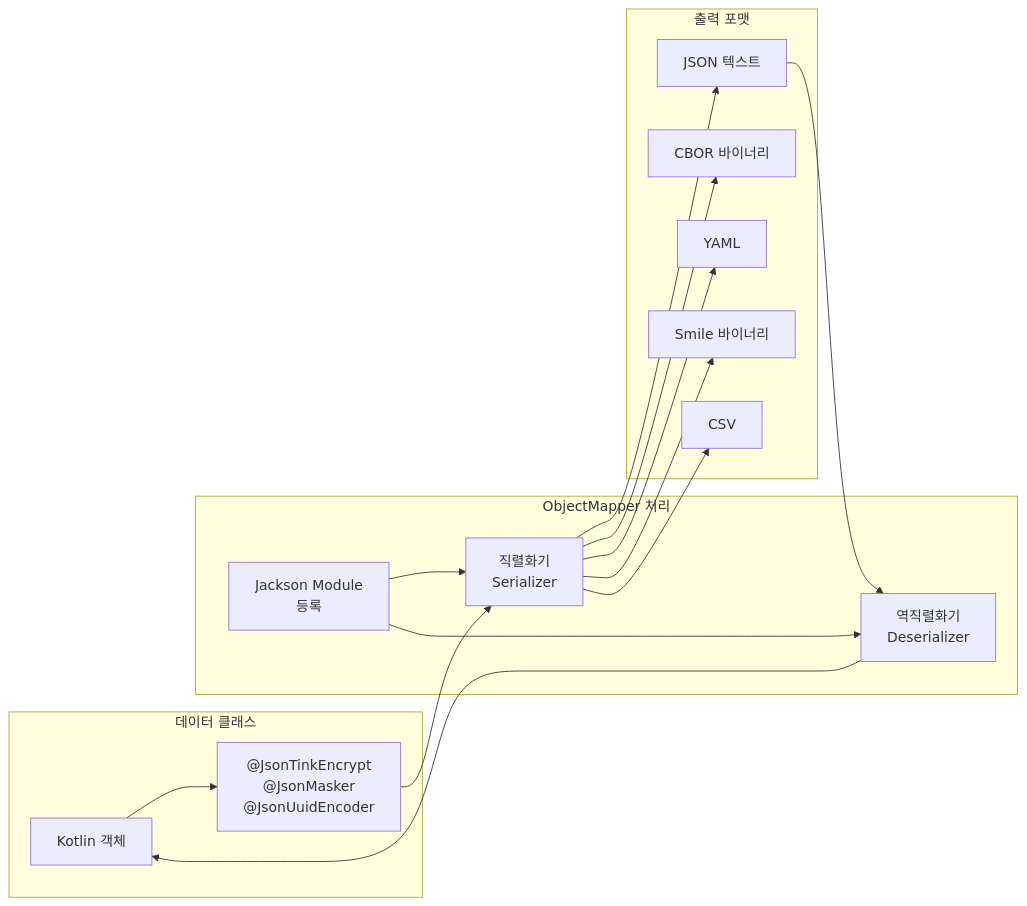
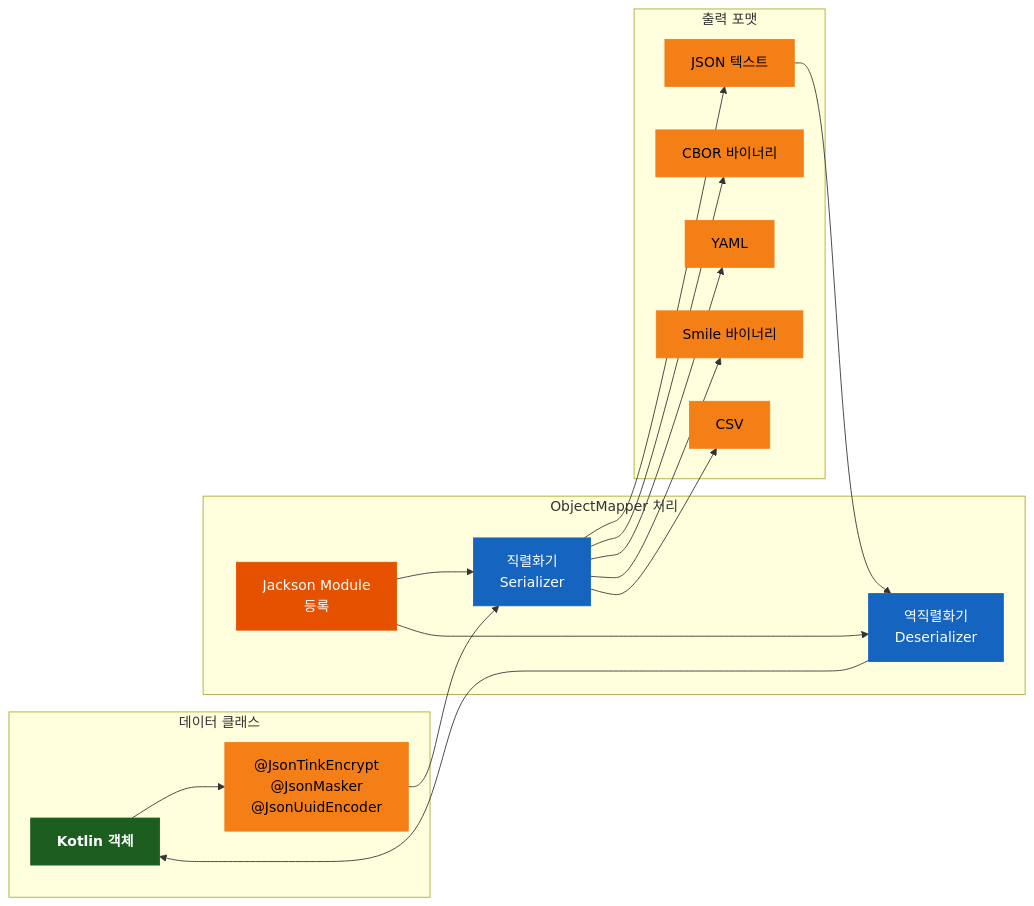
Before and after one commit to bluetape4k/bluetape4k-projects: the second of 3 diagrams in io/jackson2/README.ko.md, drawn with Mermaid. The commit also changed other lines of this file and 221 other files, not shown here.

First line of the commit message:
docs: 전체 모듈 README UML 다이어그램 보강 및 색상 업그레이드

````diff
--- a/io/jackson2/README.ko.md
+++ b/io/jackson2/README.ko.md
@@ -354,32 +363,44 @@
 ```mermaid
 flowchart LR
     subgraph 데이터 클래스
         OBJ[Kotlin 객체]
         ANN["@JsonTinkEncrypt<br/>@JsonMasker<br/>@JsonUuidEncoder"]
     end
 
     subgraph ObjectMapper["ObjectMapper 처리"]
         SER[직렬화기<br/>Serializer]
         DES[역직렬화기<br/>Deserializer]
         MOD[Jackson Module<br/>등록]
     end
 
     subgraph 출력 포맷
         JSON[JSON 텍스트]
         CBOR[CBOR 바이너리]
         YAML[YAML]
         SMILE[Smile 바이너리]
         CSV_FMT[CSV]
     end
 
     OBJ --> ANN
     ANN --> SER
     MOD --> SER
     MOD --> DES
     SER --> JSON
     SER --> CBOR
     SER --> YAML
     SER --> SMILE
     SER --> CSV_FMT
     JSON --> DES --> OBJ
+
+    classDef coreStyle fill:#1B5E20,stroke:#1B5E20,color:#FFFFFF,font-weight:bold
+    classDef serviceStyle fill:#1565C0,stroke:#1565C0,color:#FFFFFF
+    classDef utilStyle fill:#E65100,stroke:#E65100,color:#FFFFFF
+    classDef dataStyle fill:#F57F17,stroke:#F57F17,color:#000000
+
+    class OBJ coreStyle
+    class ANN dataStyle
+    class SER serviceStyle
+    class DES serviceStyle
+    class MOD utilStyle
+    class JSON,CBOR,YAML,SMILE,CSV_FMT dataStyle
 ```
````
